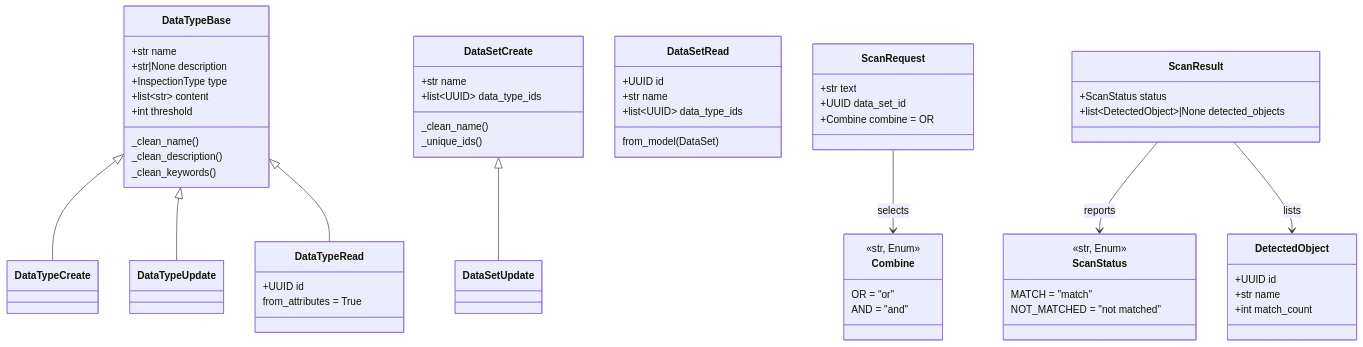
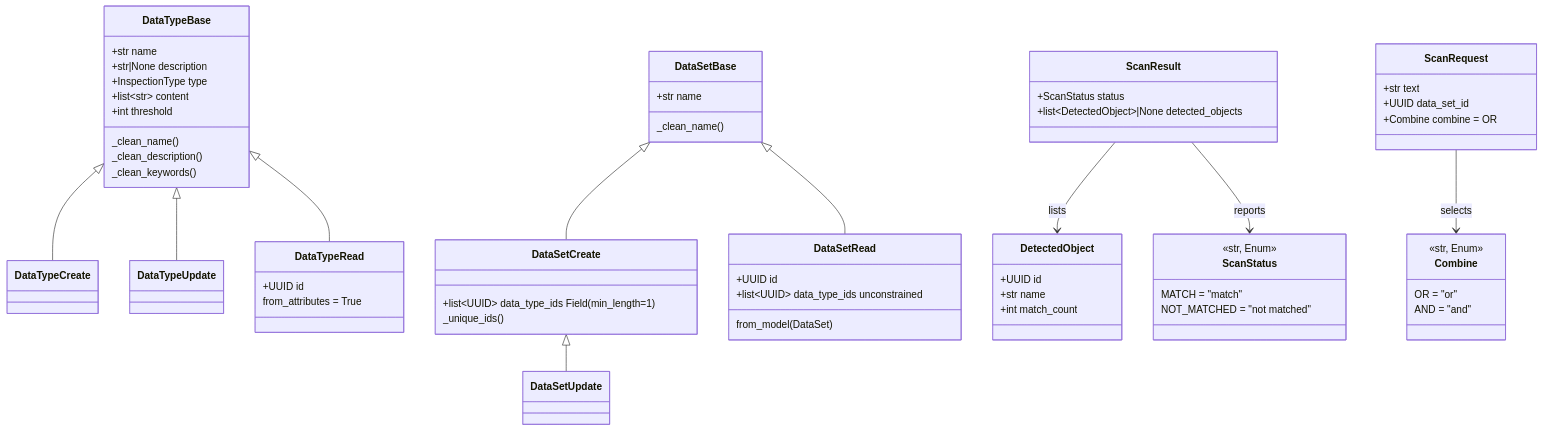
Before and after one commit to dolevol/data_leak_prevention: diagram 17 of 18 in docs/ARCHITECTURE.md, drawn with Mermaid. The commit also changed other lines of this file and 13 other files, not shown here.

````diff
--- a/docs/ARCHITECTURE.md
+++ b/docs/ARCHITECTURE.md
@@ -416,65 +464,68 @@
 ```mermaid
 classDiagram
     class DataTypeBase {
         +str name
         +str|None description
         +InspectionType type
         +list~str~ content
         +int threshold
         _clean_name()
         _clean_description()
         _clean_keywords()
     }
     class DataTypeCreate
     class DataTypeUpdate
     class DataTypeRead {
         +UUID id
         from_attributes = True
     }
     DataTypeBase <|-- DataTypeCreate
     DataTypeBase <|-- DataTypeUpdate
     DataTypeBase <|-- DataTypeRead
 
+    class DataSetBase {
+        +str name
+        _clean_name()
+    }
     class DataSetCreate {
-        +str name
-        +list~UUID~ data_type_ids
-        _clean_name()
+        +list~UUID~ data_type_ids  Field(min_length=1)
         _unique_ids()
     }
     class DataSetUpdate
     class DataSetRead {
         +UUID id
-        +str name
-        +list~UUID~ data_type_ids
+        +list~UUID~ data_type_ids  unconstrained
         from_model(DataSet)
     }
+    DataSetBase <|-- DataSetCreate
     DataSetCreate <|-- DataSetUpdate
+    DataSetBase <|-- DataSetRead
 
     class ScanRequest {
         +str text
         +UUID data_set_id
         +Combine combine = OR
     }
     class ScanResult {
         +ScanStatus status
         +list~DetectedObject~|None detected_objects
     }
     class DetectedObject {
         +UUID id
         +str name
         +int match_count
     }
     class ScanStatus {
         <<str, Enum>>
         MATCH = "match"
         NOT_MATCHED = "not matched"
     }
     class Combine {
         <<str, Enum>>
         OR = "or"
         AND = "and"
     }
     ScanRequest --> Combine : selects
     ScanResult --> ScanStatus : reports
     ScanResult --> DetectedObject : lists
 ```
````
